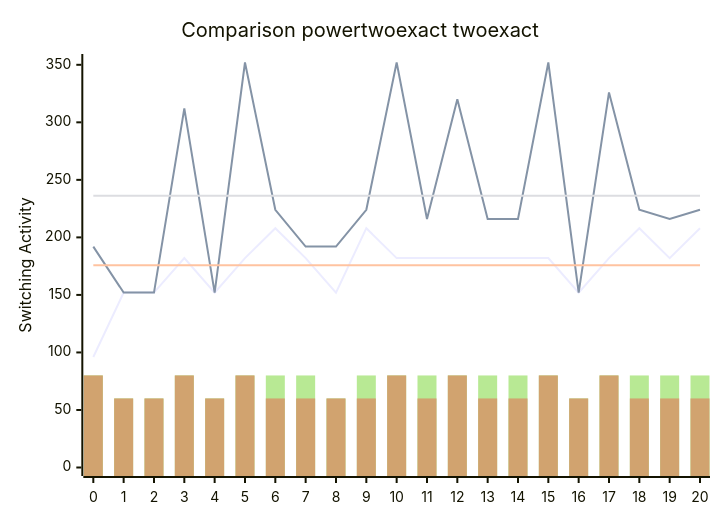
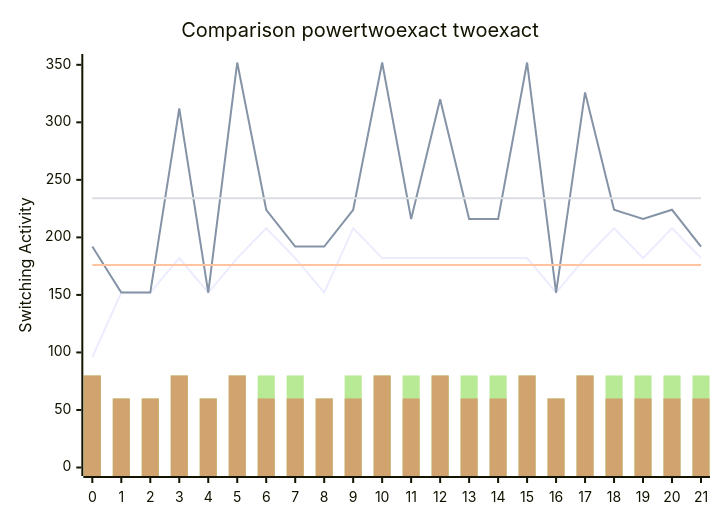
One commit to FeldmeierMichael/Exact-Power-Synthesis changed the diagram in benchmark.md. Above: the diagram before and after it, drawn with Mermaid. The commit also changed other lines of this file and 2 other files, not shown here.

````diff
--- a/benchmark.md
+++ b/benchmark.md
@@ -43,12 +45,12 @@
 ```mermaid
 xychart-beta
     title "Comparison powertwoexact twoexact"
-    x-axis [0, 1, 2, 3, 4, 5, 6, 7, 8, 9, 10, 11, 12, 13, 14, 15, 16, 17, 18, 19, 20]
+    x-axis [0, 1, 2, 3, 4, 5, 6, 7, 8, 9, 10, 11, 12, 13, 14, 15, 16, 17, 18, 19, 20, 21]
     y-axis "Switching Activity" 0-->352
-    line [96, 152, 152, 182, 152, 182, 208, 182, 152, 208, 182, 182, 182, 182, 182, 182, 152, 182, 208, 182, 208]
-    line [192, 152, 152, 312, 152, 352, 224, 192, 192, 224, 352, 216, 320, 216, 216, 352, 152, 326, 224, 216, 224]
-    line [175.71428571428572, 175.71428571428572, 175.71428571428572, 175.71428571428572, 175.71428571428572, 175.71428571428572, 175.71428571428572, 175.71428571428572, 175.71428571428572, 175.71428571428572, 175.71428571428572, 175.71428571428572, 175.71428571428572, 175.71428571428572, 175.71428571428572, 175.71428571428572, 175.71428571428572, 175.71428571428572, 175.71428571428572, 175.71428571428572, 175.71428571428572]
-    line [236.0952380952381, 236.0952380952381, 236.0952380952381, 236.0952380952381, 236.0952380952381, 236.0952380952381, 236.0952380952381, 236.0952380952381, 236.0952380952381, 236.0952380952381, 236.0952380952381, 236.0952380952381, 236.0952380952381, 236.0952380952381, 236.0952380952381, 236.0952380952381, 236.0952380952381, 236.0952380952381, 236.0952380952381, 236.0952380952381, 236.0952380952381]
-    bar [80, 60, 60, 80, 60, 80, 80, 80, 60, 80, 80, 80, 80, 80, 80, 80, 60, 80, 80, 80, 80]
-    bar [80, 60, 60, 80, 60, 80, 60, 60, 60, 60, 80, 60, 80, 60, 60, 80, 60, 80, 60, 60, 60]
+    line [96, 152, 152, 182, 152, 182, 208, 182, 152, 208, 182, 182, 182, 182, 182, 182, 152, 182, 208, 182, 208, 182]
+    line [192, 152, 152, 312, 152, 352, 224, 192, 192, 224, 352, 216, 320, 216, 216, 352, 152, 326, 224, 216, 224, 192]
+    line [176.0, 176.0, 176.0, 176.0, 176.0, 176.0, 176.0, 176.0, 176.0, 176.0, 176.0, 176.0, 176.0, 176.0, 176.0, 176.0, 176.0, 176.0, 176.0, 176.0, 176.0, 176.0]
+    line [234.0909090909091, 234.0909090909091, 234.0909090909091, 234.0909090909091, 234.0909090909091, 234.0909090909091, 234.0909090909091, 234.0909090909091, 234.0909090909091, 234.0909090909091, 234.0909090909091, 234.0909090909091, 234.0909090909091, 234.0909090909091, 234.0909090909091, 234.0909090909091, 234.0909090909091, 234.0909090909091, 234.0909090909091, 234.0909090909091, 234.0909090909091, 234.0909090909091]
+    bar [80, 60, 60, 80, 60, 80, 80, 80, 60, 80, 80, 80, 80, 80, 80, 80, 60, 80, 80, 80, 80, 80]
+    bar [80, 60, 60, 80, 60, 80, 60, 60, 60, 60, 80, 60, 80, 60, 60, 80, 60, 80, 60, 60, 60, 60]
 ```
````
